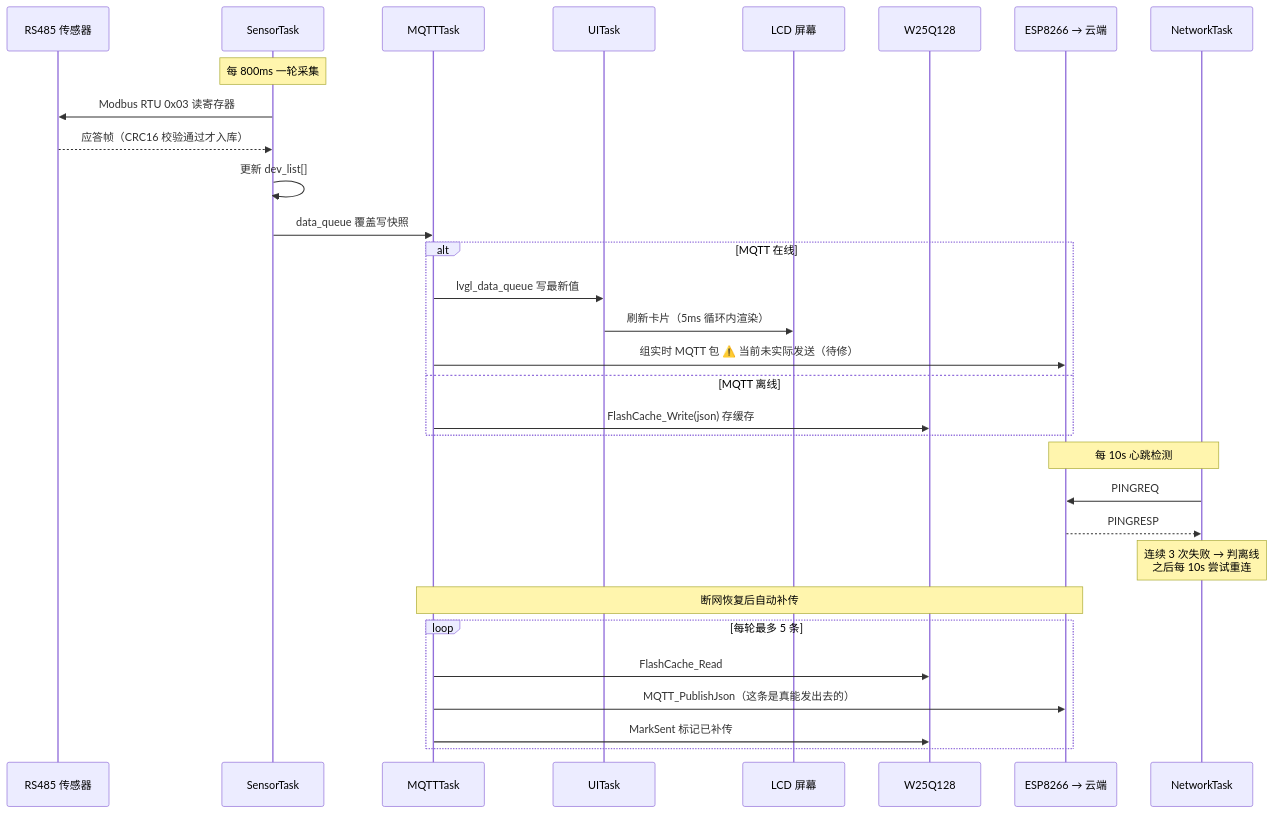
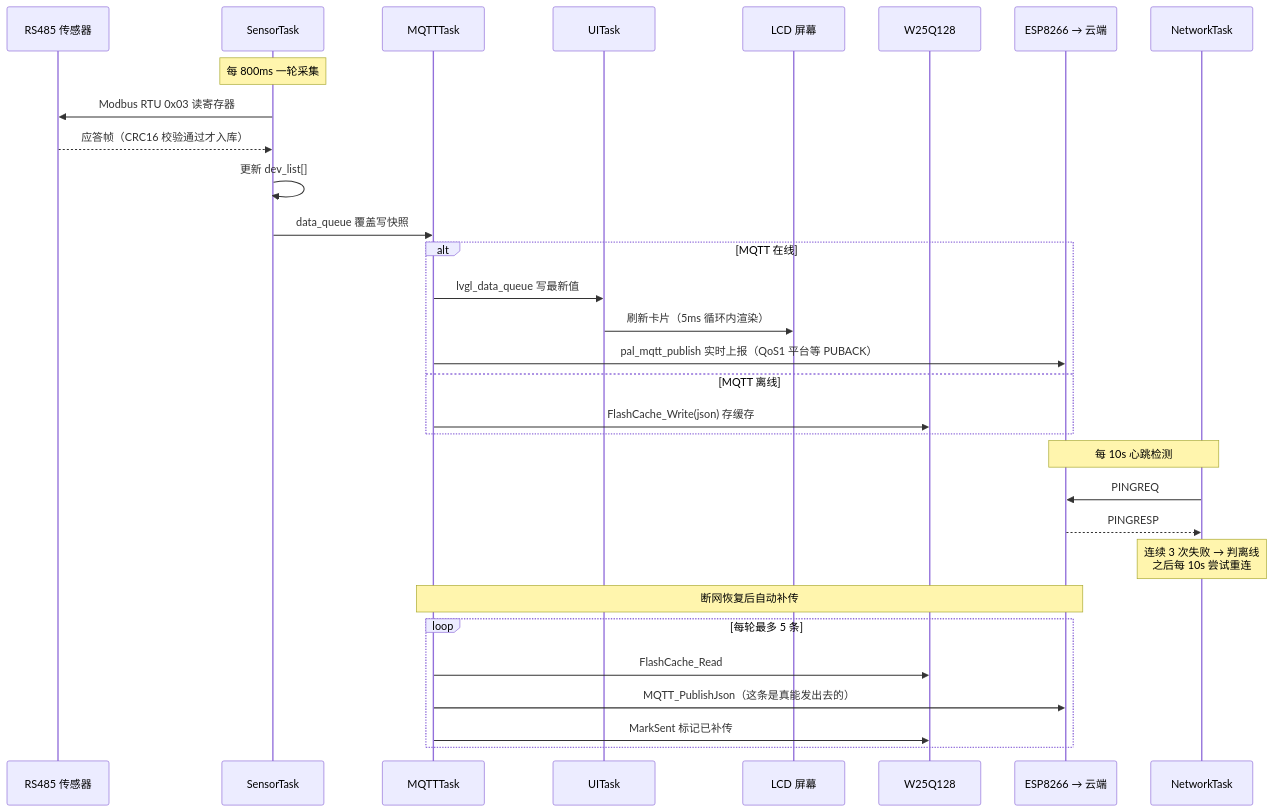
One commit to Lab0x-Embedded/industrial-edge-gateway changed the second of 2 diagrams in docs/系统架构.md. Above: the diagram before and after it, drawn with Mermaid. The commit also changed other lines of this file and 6 other files, not shown here.

````diff
--- a/docs/系统架构.md
+++ b/docs/系统架构.md
@@ -85,37 +85,37 @@
 ```mermaid
 sequenceDiagram
     participant SEN as RS485 传感器
     participant ST as SensorTask
     participant MT as MQTTTask
     participant UI as UITask
     participant LCD as LCD 屏幕
     participant FL as W25Q128
     participant ESP as ESP8266 → 云端
     participant NET as NetworkTask
 
     Note over ST: 每 800ms 一轮采集
     ST->>SEN: Modbus RTU 0x03 读寄存器
     SEN-->>ST: 应答帧（CRC16 校验通过才入库）
     ST->>ST: 更新 dev_list[]
     ST->>MT: data_queue 覆盖写快照
 
     alt MQTT 在线
         MT->>UI: lvgl_data_queue 写最新值
         UI->>LCD: 刷新卡片（5ms 循环内渲染）
-        MT->>ESP: 组实时 MQTT 包 ⚠️ 当前未实际发送（待修）
+        MT->>ESP: pal_mqtt_publish 实时上报（QoS1 平台等 PUBACK）
     else MQTT 离线
         MT->>FL: FlashCache_Write(json) 存缓存
     end
 
     Note over NET,ESP: 每 10s 心跳检测
     NET->>ESP: PINGREQ
     ESP-->>NET: PINGRESP
     Note over NET: 连续 3 次失败 → 判离线<br/>之后每 10s 尝试重连
 
     Note over MT,ESP: 断网恢复后自动补传
     loop 每轮最多 5 条
         MT->>FL: FlashCache_Read
         MT->>ESP: MQTT_PublishJson（这条是真能发出去的）
         MT->>FL: MarkSent 标记已补传
     end
 ```
````
